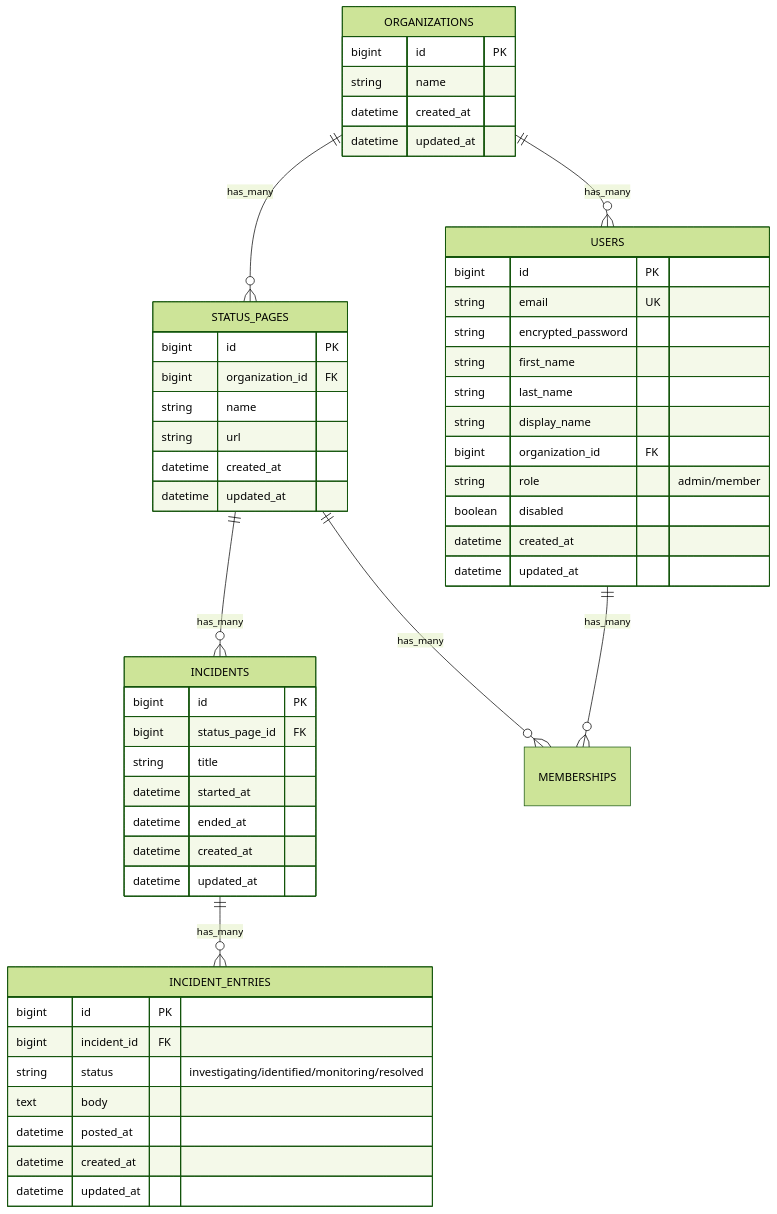
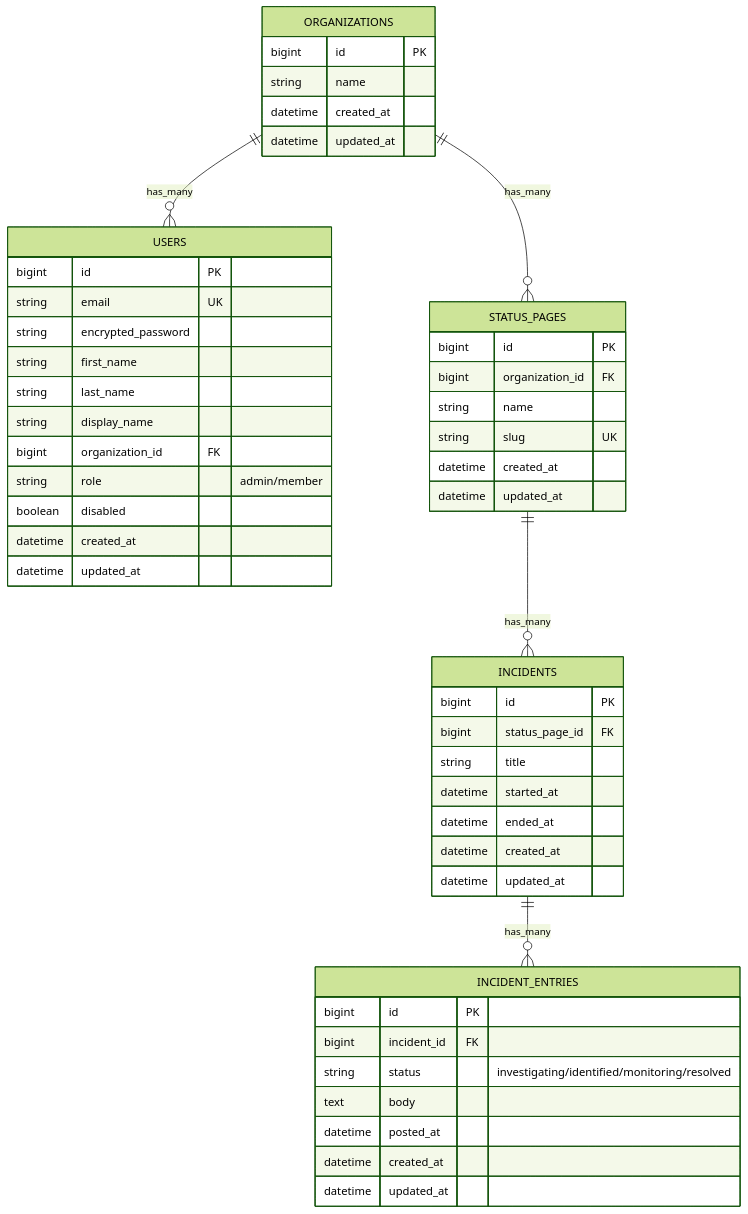
One commit to phrase-llc/solid-status changed the diagram in README.md. Above: the diagram before and after it, drawn with Mermaid (forest theme). The commit also changed other lines of this file and 36 other files, not shown here.

Commit message:
feat: publish static public status pages

````diff
--- a/README.md
+++ b/README.md
@@ -47,63 +48,59 @@
 ```mermaid
 erDiagram
   ORGANIZATIONS ||--o{ USERS : has_many
   ORGANIZATIONS ||--o{ STATUS_PAGES : has_many
 
   STATUS_PAGES ||--o{ INCIDENTS : has_many
-  STATUS_PAGES ||--o{ MEMBERSHIPS : has_many
-
   INCIDENTS ||--o{ INCIDENT_ENTRIES : has_many
-
-  USERS ||--o{ MEMBERSHIPS : has_many
 
   ORGANIZATIONS {
     bigint id PK
     string name
     datetime created_at
     datetime updated_at
   }
 
   USERS {
     bigint id PK
     string email UK
     string encrypted_password
     string first_name
     string last_name
     string display_name
     bigint organization_id FK
     string role "admin/member"
     boolean disabled
     datetime created_at
     datetime updated_at
   }
 
   STATUS_PAGES {
     bigint id PK
     bigint organization_id FK
     string name
-    string url
+    string slug UK
     datetime created_at
     datetime updated_at
   }
 
   INCIDENTS {
     bigint id PK
     bigint status_page_id FK
     string title
     datetime started_at
     datetime ended_at
     datetime created_at
     datetime updated_at
   }
 
   INCIDENT_ENTRIES {
     bigint id PK
     bigint incident_id FK
     string status "investigating/identified/monitoring/resolved"
     text body
     datetime posted_at
     datetime created_at
     datetime updated_at
   }
 
 ```
````
